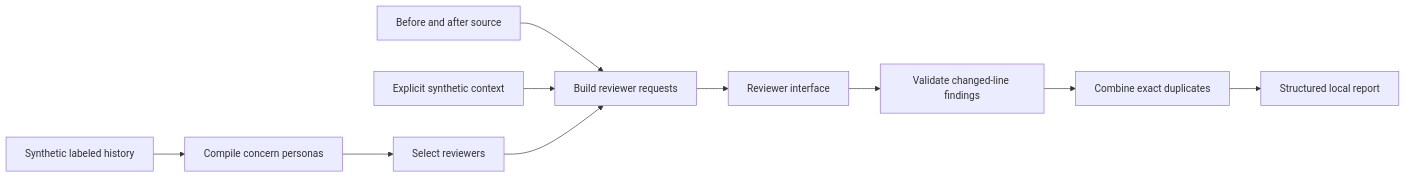
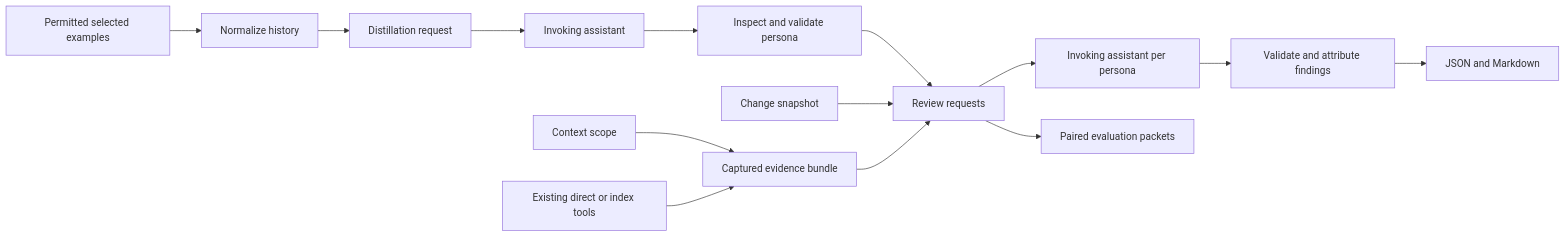
Before and after one commit to Tommy-Valletta/llm-vault: the diagram in docs/architecture.md, drawn with Mermaid. The commit also changed other lines of this file and 67 other files, not shown here.

````diff
--- a/docs/architecture.md
+++ b/docs/architecture.md
@@ -3,12 +3,16 @@
 ```mermaid
 flowchart LR
-  H[Synthetic labeled history] --> P[Compile concern personas]
-  P --> S[Select reviewers]
-  C[Before and after source] --> R[Build reviewer requests]
-  X[Explicit synthetic context] --> R
-  S --> R
-  R --> B[Reviewer interface]
-  B --> V[Validate changed-line findings]
-  V --> D[Combine exact duplicates]
-  D --> O[Structured local report]
+  E[Permitted selected examples] --> H[Normalize history]
+  H --> D[Distillation request]
+  D --> A[Invoking assistant]
+  A --> P[Inspect and validate persona]
+  P --> R[Review requests]
+  C[Change snapshot] --> R
+  S[Context scope] --> B[Captured evidence bundle]
+  T[Existing direct or index tools] --> B
+  B --> R
+  R --> M[Invoking assistant per persona]
+  M --> V[Validate and attribute findings]
+  V --> O[JSON and Markdown]
+  R --> X[Paired evaluation packets]
 ```
````
